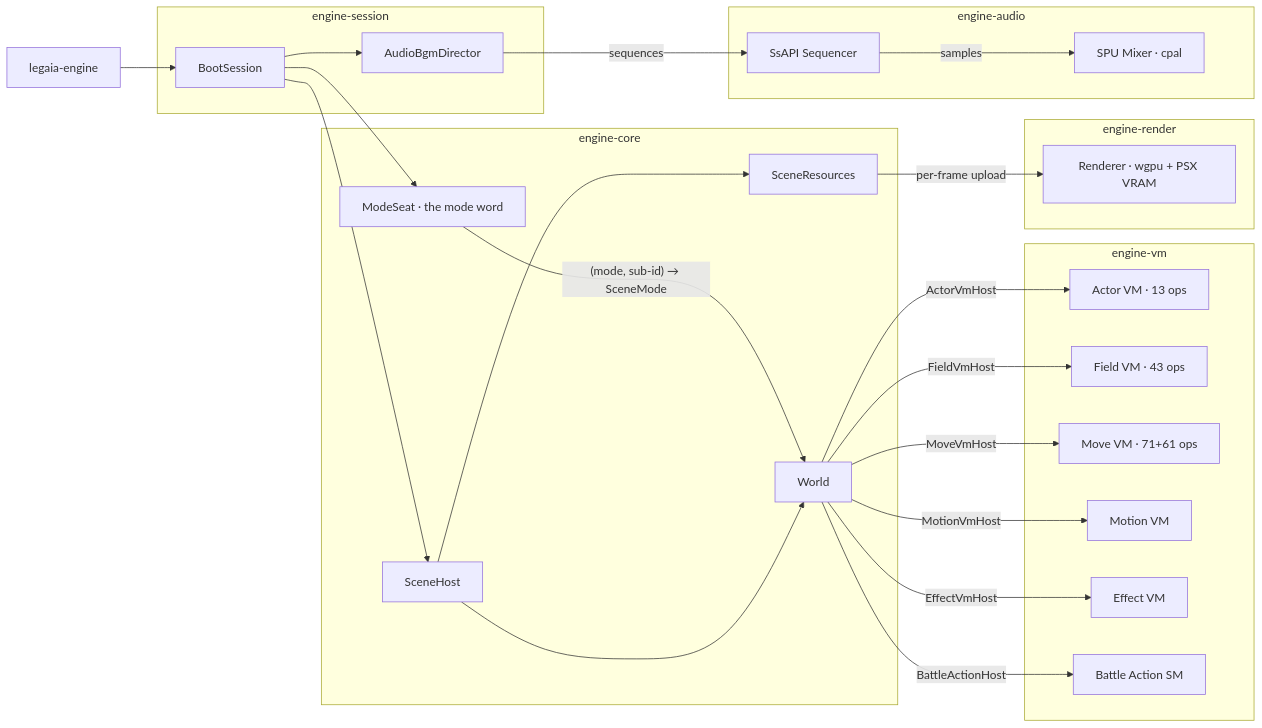
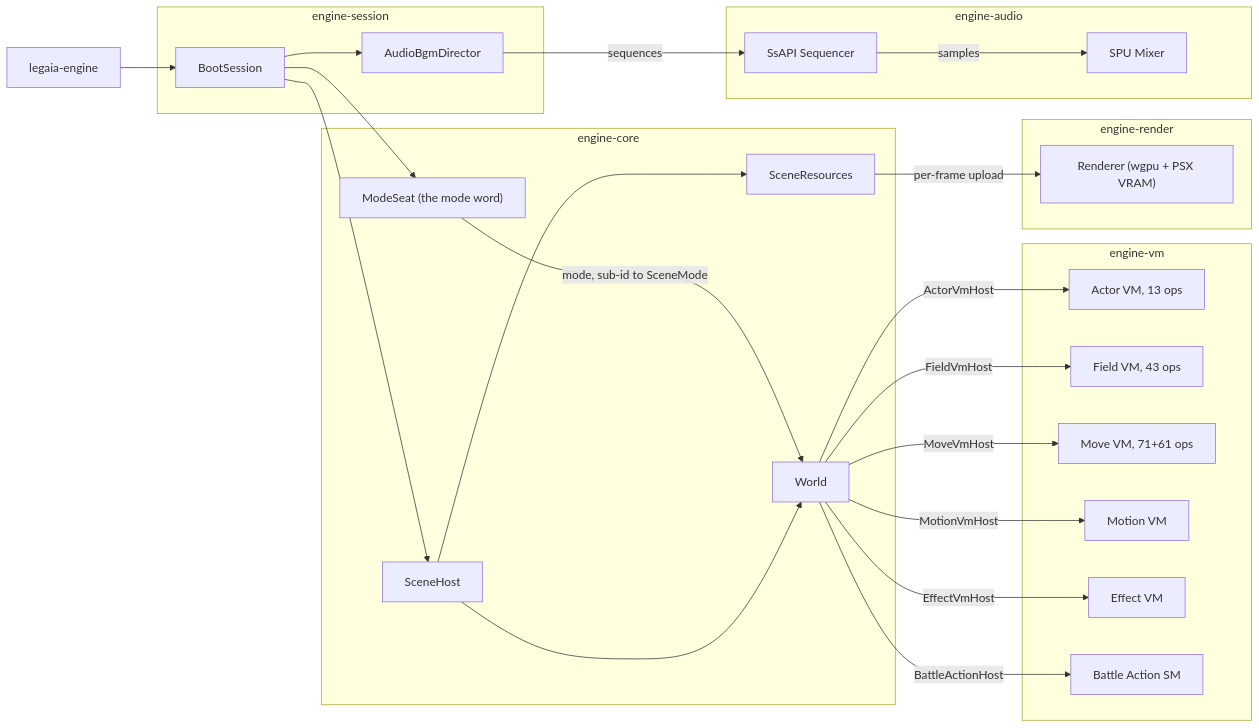
One commit to AndrewAltimit/legend-of-legaia-re changed the fourth of 4 diagrams in docs/subsystems/engine.md. Above: the diagram before and after it, drawn with Mermaid. The commit also changed other lines of this file and 314 other files, not shown here.

````diff
--- a/docs/subsystems/engine.md
+++ b/docs/subsystems/engine.md
@@ -148,51 +294,51 @@
 ```mermaid
 graph LR
     BIN["legaia-engine"]
 
     subgraph session ["engine-session"]
         BS["BootSession"]
         BGM["AudioBgmDirector"]
     end
 
     subgraph core ["engine-core"]
-        MD["ModeSeat · the mode word"]
+        MD["ModeSeat (the mode word)"]
         SH["SceneHost"]
         W["World"]
         SR["SceneResources"]
     end
 
     subgraph vm ["engine-vm"]
-        AVM["Actor VM · 13 ops"]
-        FVM["Field VM · 43 ops"]
-        MVM["Move VM · 71+61 ops"]
+        AVM["Actor VM, 13 ops"]
+        FVM["Field VM, 43 ops"]
+        MVM["Move VM, 71+61 ops"]
         MotVM["Motion VM"]
         EVM["Effect VM"]
         BSM["Battle Action SM"]
     end
 
     subgraph ren ["engine-render"]
-        REN["Renderer · wgpu + PSX VRAM"]
+        REN["Renderer (wgpu + PSX VRAM)"]
     end
 
     subgraph au ["engine-audio"]
         SEQ["SsAPI Sequencer"]
-        SPU["SPU Mixer · cpal"]
+        SPU["SPU Mixer"]
     end
 
     BIN --> BS
     BS --> MD
     BS --> BGM
     BS --> SH
-    MD -->|"(mode, sub-id) → SceneMode"| W
+    MD -->|"mode, sub-id to SceneMode"| W
     SH --> W
     SH --> SR
     W -->|ActorVmHost| AVM
     W -->|FieldVmHost| FVM
     W -->|MoveVmHost| MVM
     W -->|MotionVmHost| MotVM
     W -->|EffectVmHost| EVM
     W -->|BattleActionHost| BSM
-    SR -->|per-frame upload| REN
+    SR -->|"per-frame upload"| REN
     BGM -->|sequences| SEQ
     SEQ -->|samples| SPU
 ```
````
